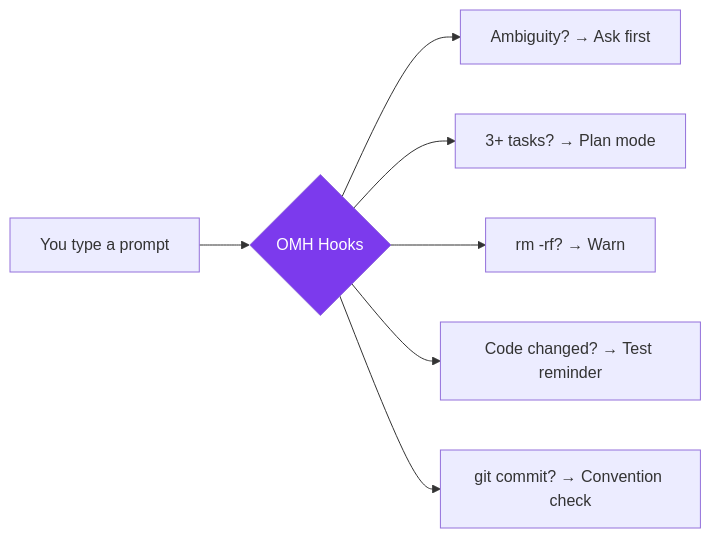
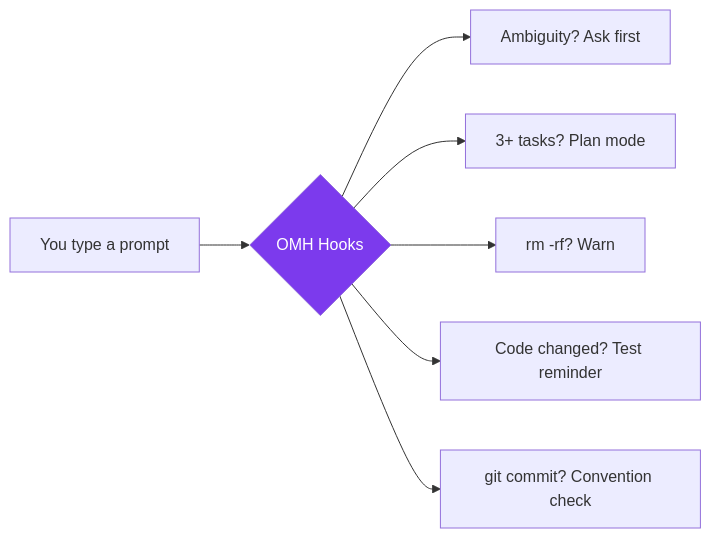
The first of 6 diagrams in README.md (Hoya324/oh-my-harness), drawn with Mermaid before and after one commit. The commit also changed other lines of this file and 1 other file, not shown here.

````diff
--- a/README.md
+++ b/README.md
@@ -31,10 +32,10 @@
 ```mermaid
 graph LR
     A[You type a prompt] --> B{OMH Hooks}
-    B --> C[Ambiguity? → Ask first]
-    B --> D[3+ tasks? → Plan mode]
-    B --> E[rm -rf? → Warn]
-    B --> F[Code changed? → Test reminder]
-    B --> G[git commit? → Convention check]
+    B --> C[Ambiguity? Ask first]
+    B --> D[3+ tasks? Plan mode]
+    B --> E[rm -rf? Warn]
+    B --> F[Code changed? Test reminder]
+    B --> G[git commit? Convention check]
     style B fill:#7C3AED,color:#fff
 ```
````
